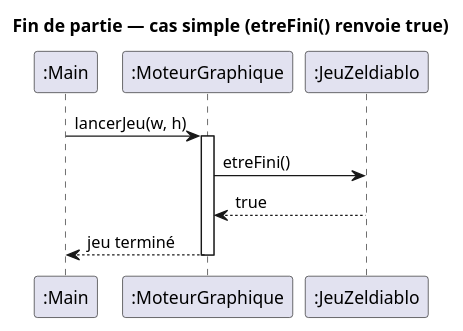
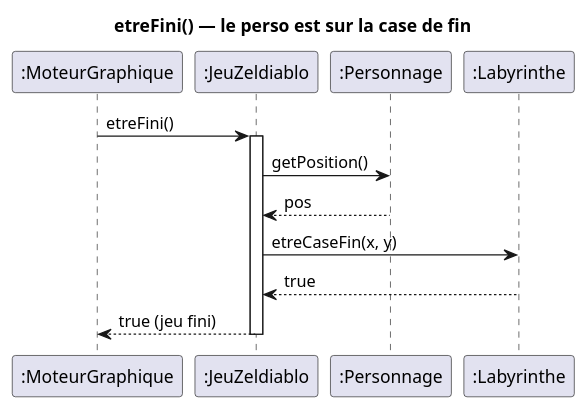
Before and after one commit to D-Lilian09/2026_COO_Zeldiablo_DU-HE-MA-PA: the diagram in documents/version_3/diagramme_de_sequence_finJeu.puml, drawn with PlantUML.

Commit message:
modif diagramme de sequence jeu fini

```diff
--- a/documents/version_3/diagramme_de_sequence_finJeu.puml
+++ b/documents/version_3/diagramme_de_sequence_finJeu.puml
@@ -1,16 +1,20 @@
 @startuml
-title Fin de partie — cas simple (etreFini() renvoie true)
+title etreFini() — le perso est sur la case de fin
 
-participant ":Main" as main
 participant ":MoteurGraphique" as moteur
 participant ":JeuZeldiablo" as jeu
-
-main -> moteur : lancerJeu(w, h)
-activate moteur
+participant ":Personnage" as perso
+participant ":Labyrinthe" as laby
 
 moteur -> jeu : etreFini()
-jeu --> moteur : true
+activate jeu
 
-moteur --> main : jeu terminé
-deactivate moteur
+jeu -> perso : getPosition()
+perso --> jeu : pos
+
+jeu -> laby : etreCaseFin(x, y)
+laby --> jeu : true
+
+jeu --> moteur : true (jeu fini)
+deactivate jeu
 @enduml
```
